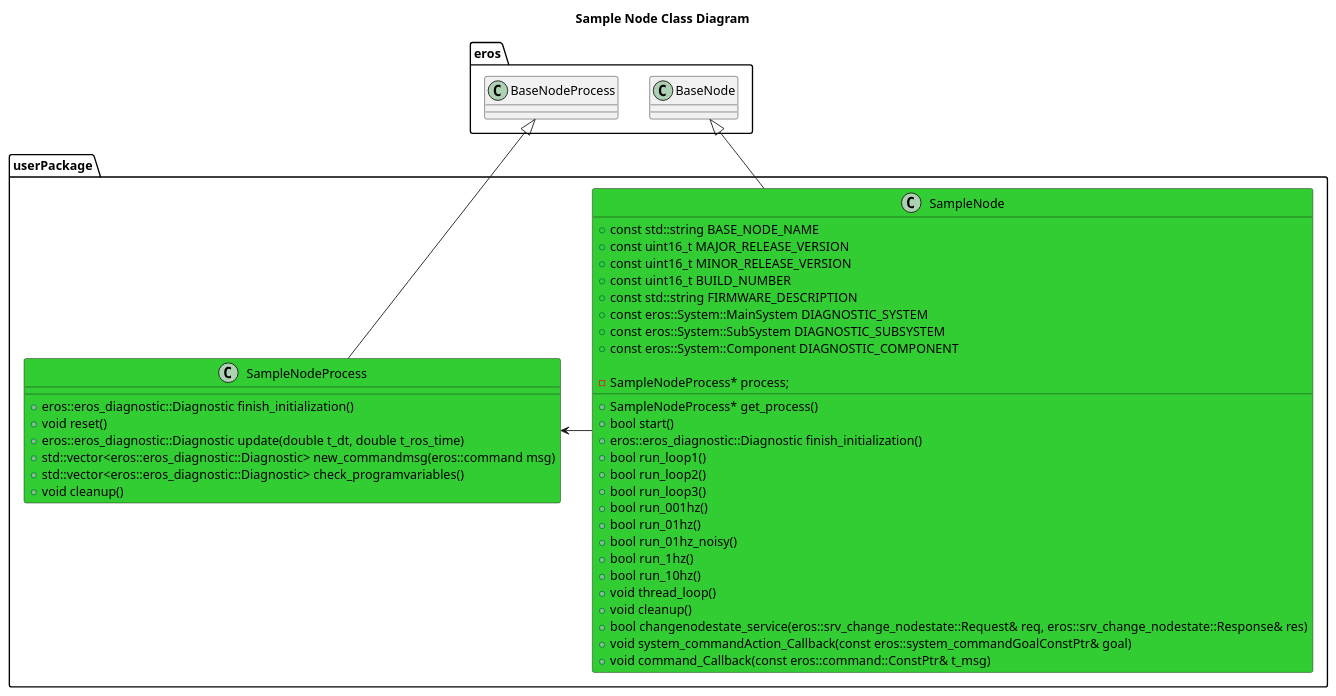
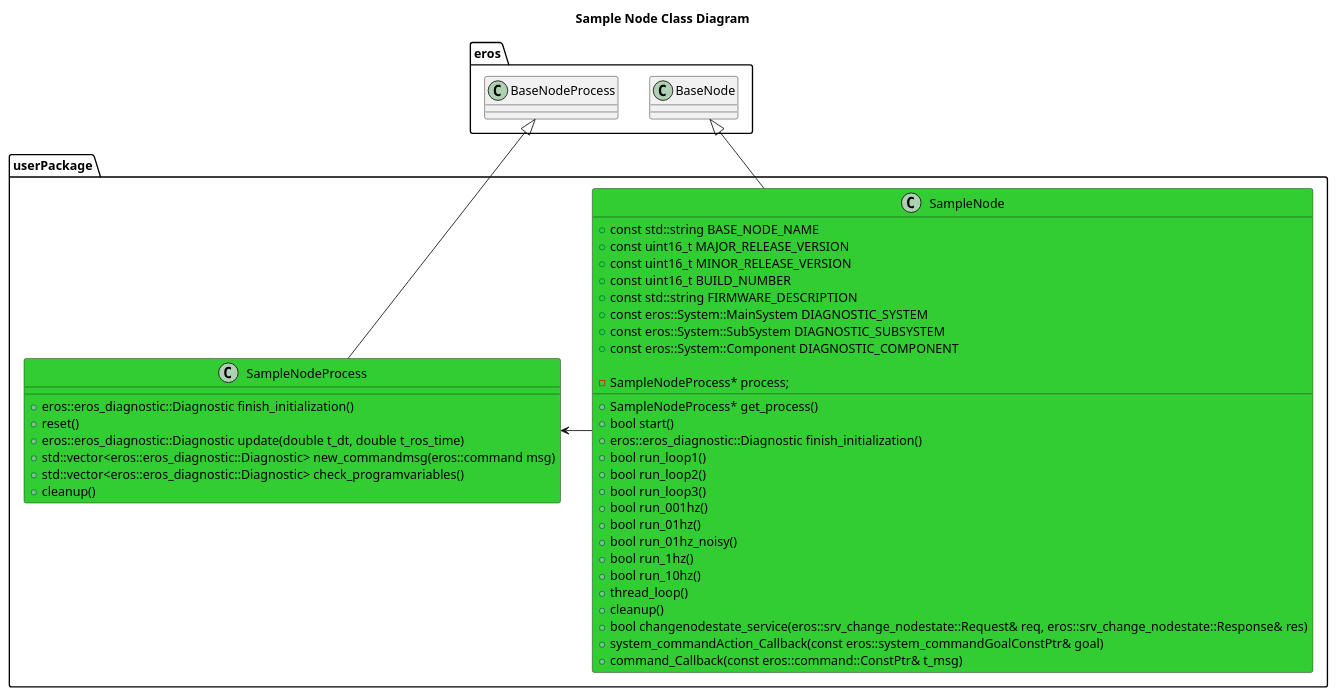
Before and after one commit to dgitz/eros: the diagram in sample/SampleNode/SampleNode/doc/SampleNodeClassDiagram.puml, drawn with PlantUML. The commit also changed 47 other files, not shown here.

First line of the commit message:
Bug 1378 missing node class diagrams (#253)

```diff
--- a/sample/SampleNode/SampleNode/doc/SampleNodeClassDiagram.puml
+++ b/sample/SampleNode/SampleNode/doc/SampleNodeClassDiagram.puml
@@ -1,52 +1,52 @@
 @startuml
 title Sample Node Class Diagram
 
 package eros {
   class BaseNode
   class BaseNodeProcess
 }
 
 package userPackage {
 
   class SampleNode #LimeGreen {
       +const std::string BASE_NODE_NAME
       +const uint16_t MAJOR_RELEASE_VERSION
       +const uint16_t MINOR_RELEASE_VERSION
       +const uint16_t BUILD_NUMBER
       +const std::string FIRMWARE_DESCRIPTION
       +const eros::System::MainSystem DIAGNOSTIC_SYSTEM
       +const eros::System::SubSystem DIAGNOSTIC_SUBSYSTEM
       +const eros::System::Component DIAGNOSTIC_COMPONENT
       +SampleNodeProcess* get_process()
       +bool start()
       +eros::eros_diagnostic::Diagnostic finish_initialization()
       +bool run_loop1()
       +bool run_loop2()
       +bool run_loop3()
       +bool run_001hz()
       +bool run_01hz()
       +bool run_01hz_noisy()
       +bool run_1hz()
       +bool run_10hz()
-      +void thread_loop()
-      +void cleanup()
+      +thread_loop()
+      +cleanup()
       +bool changenodestate_service(eros::srv_change_nodestate::Request& req, eros::srv_change_nodestate::Response& res)
-      +void system_commandAction_Callback(const eros::system_commandGoalConstPtr& goal)
-      +void command_Callback(const eros::command::ConstPtr& t_msg)
+      +system_commandAction_Callback(const eros::system_commandGoalConstPtr& goal)
+      +command_Callback(const eros::command::ConstPtr& t_msg)
 
       -SampleNodeProcess* process;
   }
   class SampleNodeProcess #LimeGreen {
       +eros::eros_diagnostic::Diagnostic finish_initialization()
-      +void reset()
+      +reset()
       +eros::eros_diagnostic::Diagnostic update(double t_dt, double t_ros_time)
       +std::vector<eros::eros_diagnostic::Diagnostic> new_commandmsg(eros::command msg)
       +std::vector<eros::eros_diagnostic::Diagnostic> check_programvariables()
-      +void cleanup()
+      +cleanup()
 
   }
   BaseNode <|-- SampleNode
   BaseNodeProcess <|-- SampleNodeProcess
   SampleNode -> SampleNodeProcess
 }
 @enduml
```
